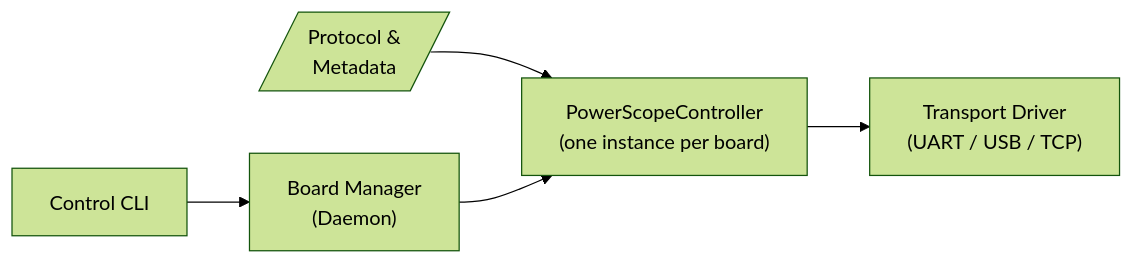
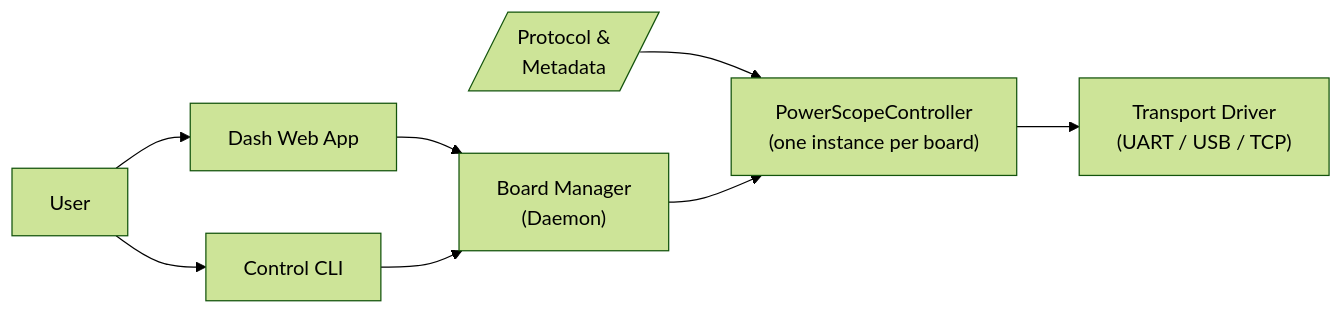
One commit to brahimab8/stm32-power-scope changed the first of 7 diagrams in docs/architecture.md. Above: the diagram before and after it, drawn with Mermaid (forest theme). The commit also changed other lines of this file and 3 other files, not shown here.

Commit message:
docs: add dash app documentation and update architecture notes

````diff
--- a/docs/architecture.md
+++ b/docs/architecture.md
@@ -39,12 +41,15 @@
 ```mermaid
 flowchart LR
+  USER[User]
+  DASH[Dash Web App]
   CLI[Control CLI]
   DAEMON["Board Manager <br> (Daemon)"]
   CTRL["PowerScopeController <br> (one instance per board)"]
   METADATA[/Protocol & <br> Metadata/]
   TRANSPORT["Transport Driver <br>(UART / USB / TCP)"]
 
   METADATA --> CTRL  
-  CLI --> DAEMON --> CTRL --> TRANSPORT
+  USER --> DASH --> DAEMON --> CTRL --> TRANSPORT
+  USER --> CLI --> DAEMON
 
 ```
````
